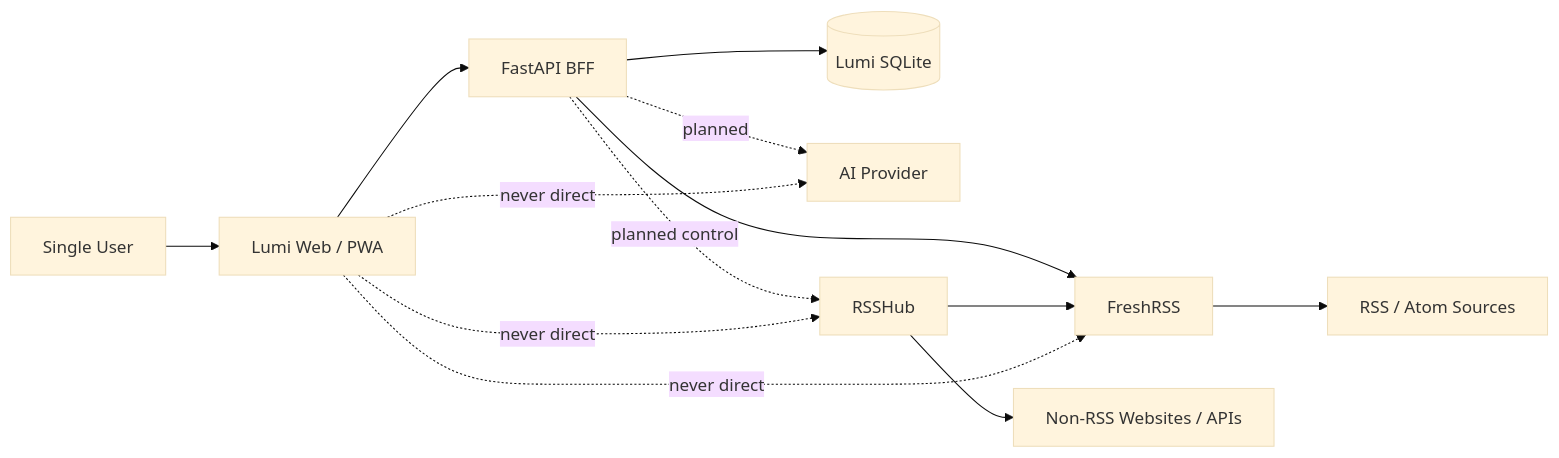
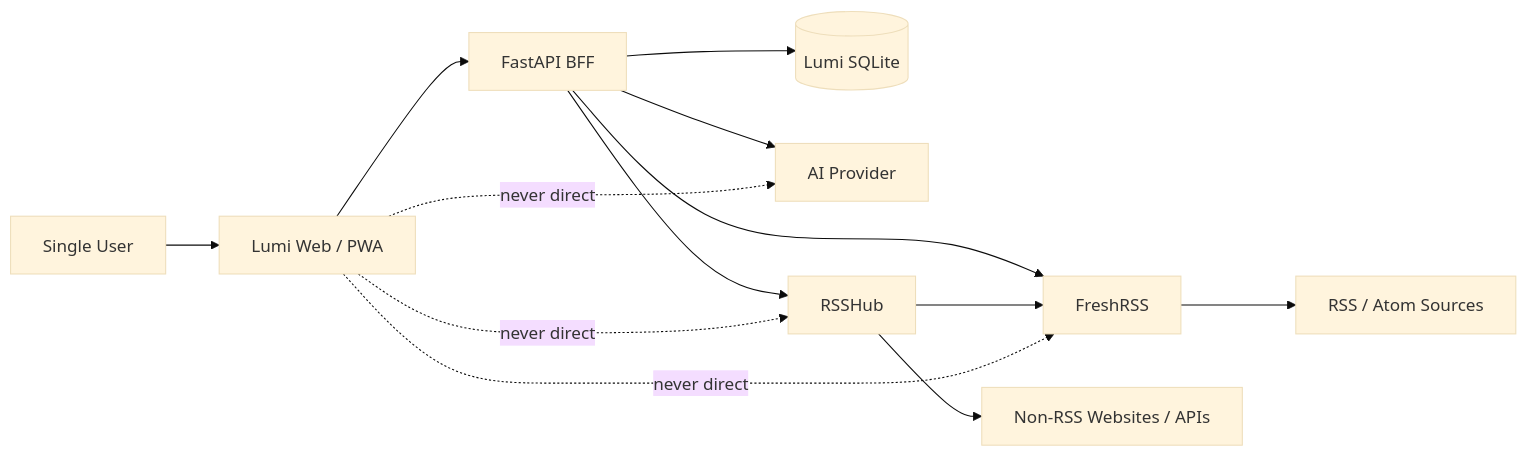
The first of 5 diagrams in docs/architecture/README.md (paidethon/LumiRSS), drawn with Mermaid (base theme) before and after one commit. The commit also changed other lines of this file and 6 other files, not shown here.

````diff
--- a/docs/architecture/README.md
+++ b/docs/architecture/README.md
@@ -44,18 +50,18 @@
 ```mermaid
 flowchart LR
     User[Single User] --> Web[Lumi Web / PWA]
     Web --> BFF[FastAPI BFF]
 
     BFF --> FR[FreshRSS]
     BFF --> DB[(Lumi SQLite)]
-    BFF -. planned .-> AI[AI Provider]
-    BFF -. planned control .-> RH[RSSHub]
+    BFF --> AI[AI Provider]
+    BFF --> RH[RSSHub]
 
     RH --> FR
     FR --> Internet[RSS / Atom Sources]
     RH --> Websites[Non-RSS Websites / APIs]
 
     Web -. never direct .-> FR
     Web -. never direct .-> RH
     Web -. never direct .-> AI
 ```
````
